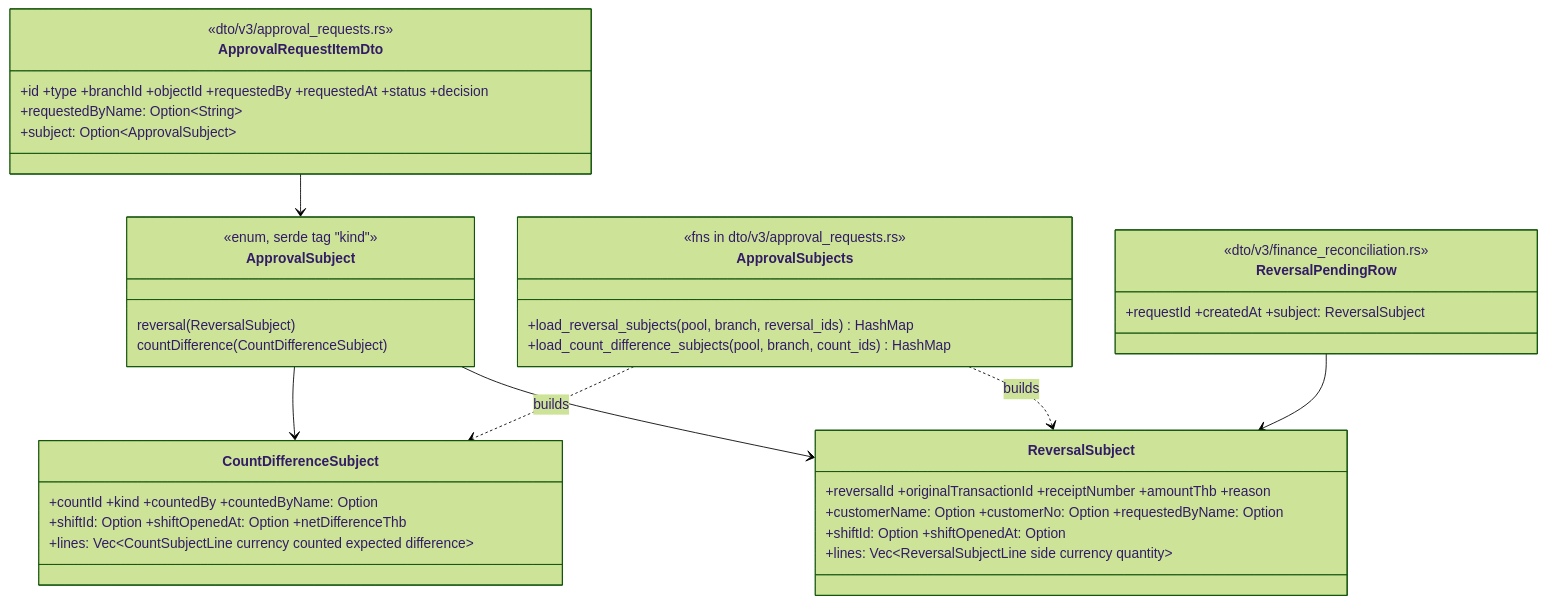
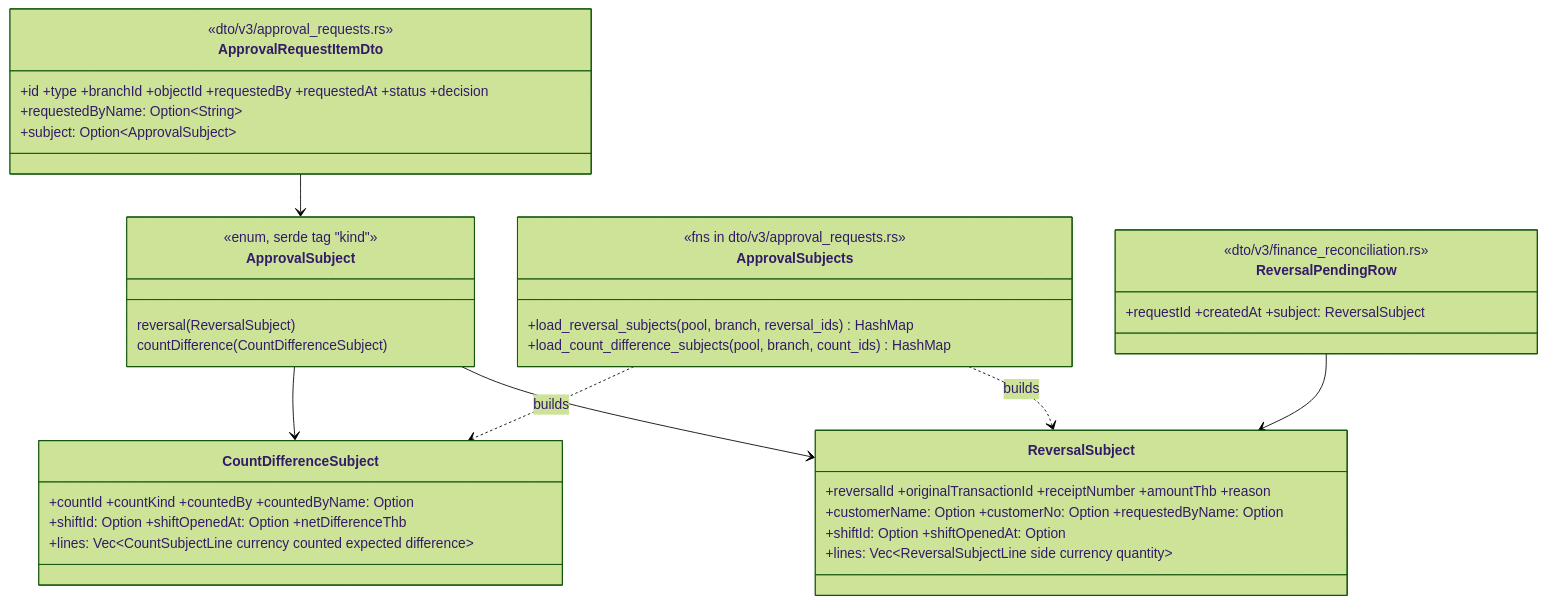
One commit to yuthstyle88/xchange-dev changed the diagram in docs/design/blueprint/staff-e2e-1101-reads.md. Above: the diagram before and after it, drawn with Mermaid (forest theme). The commit also changed other lines of this file, not shown here.

First line of the commit message:
docs(design): T3 amendment — countKind, untagged sheet subject, web compile fix (#5868)

````diff
--- a/docs/design/blueprint/staff-e2e-1101-reads.md
+++ b/docs/design/blueprint/staff-e2e-1101-reads.md
@@ -58,40 +58,40 @@
 ```mermaid
 classDiagram
   class ApprovalRequestItemDto {
     <<dto/v3/approval_requests.rs>>
     +id +type +branchId +objectId +requestedBy +requestedAt +status +decision
     +requestedByName: Option~String~
     +subject: Option~ApprovalSubject~
   }
   class ApprovalSubject {
     <<enum, serde tag "kind">>
     reversal(ReversalSubject)
     countDifference(CountDifferenceSubject)
   }
   class ReversalSubject {
     +reversalId +originalTransactionId +receiptNumber +amountThb +reason
     +customerName: Option +customerNo: Option +requestedByName: Option
     +shiftId: Option +shiftOpenedAt: Option
     +lines: Vec~ReversalSubjectLine side currency quantity~
   }
   class CountDifferenceSubject {
-    +countId +kind +countedBy +countedByName: Option
+    +countId +countKind +countedBy +countedByName: Option
     +shiftId: Option +shiftOpenedAt: Option +netDifferenceThb
     +lines: Vec~CountSubjectLine currency counted expected difference~
   }
   class ApprovalSubjects {
     <<fns in dto/v3/approval_requests.rs>>
     +load_reversal_subjects(pool, branch, reversal_ids) HashMap
     +load_count_difference_subjects(pool, branch, count_ids) HashMap
   }
   class ReversalPendingRow {
     <<dto/v3/finance_reconciliation.rs>>
     +requestId +createdAt +subject: ReversalSubject
   }
   ApprovalRequestItemDto --> ApprovalSubject
   ApprovalSubject --> ReversalSubject
   ApprovalSubject --> CountDifferenceSubject
   ReversalPendingRow --> ReversalSubject
   ApprovalSubjects ..> ReversalSubject : builds
   ApprovalSubjects ..> CountDifferenceSubject : builds
 ```
````
